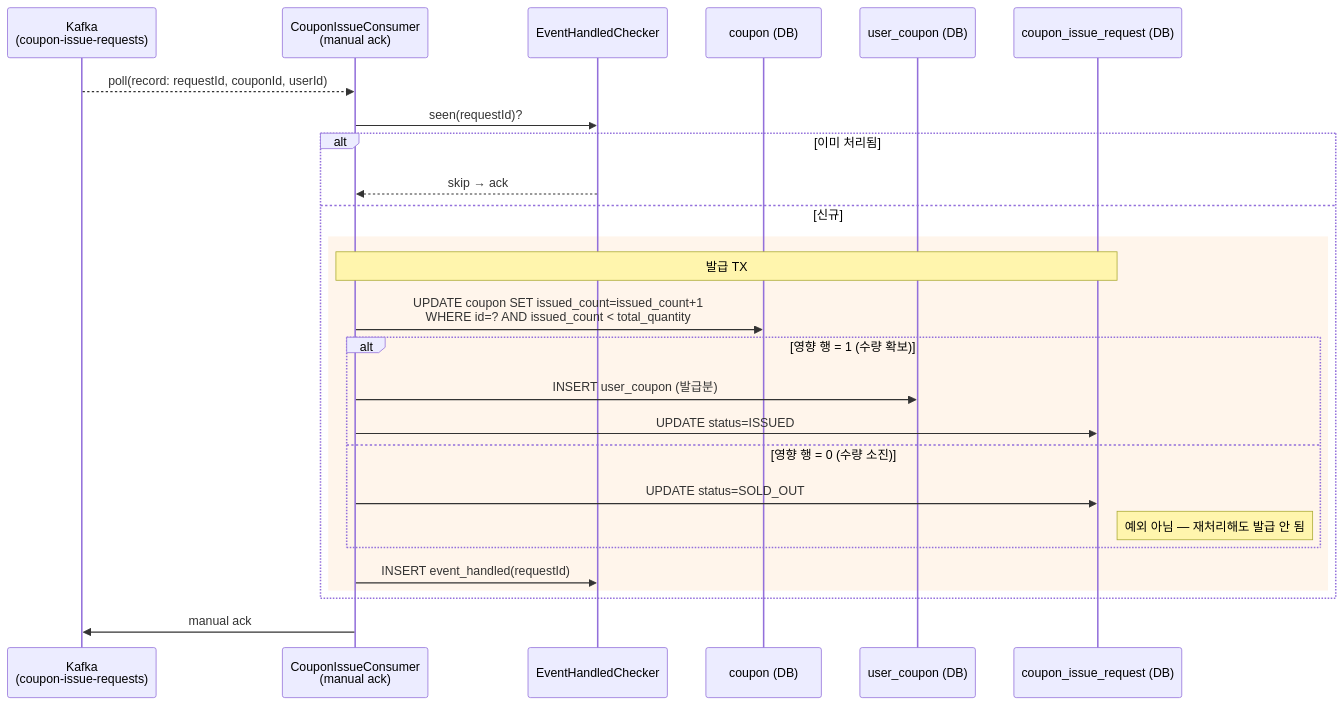
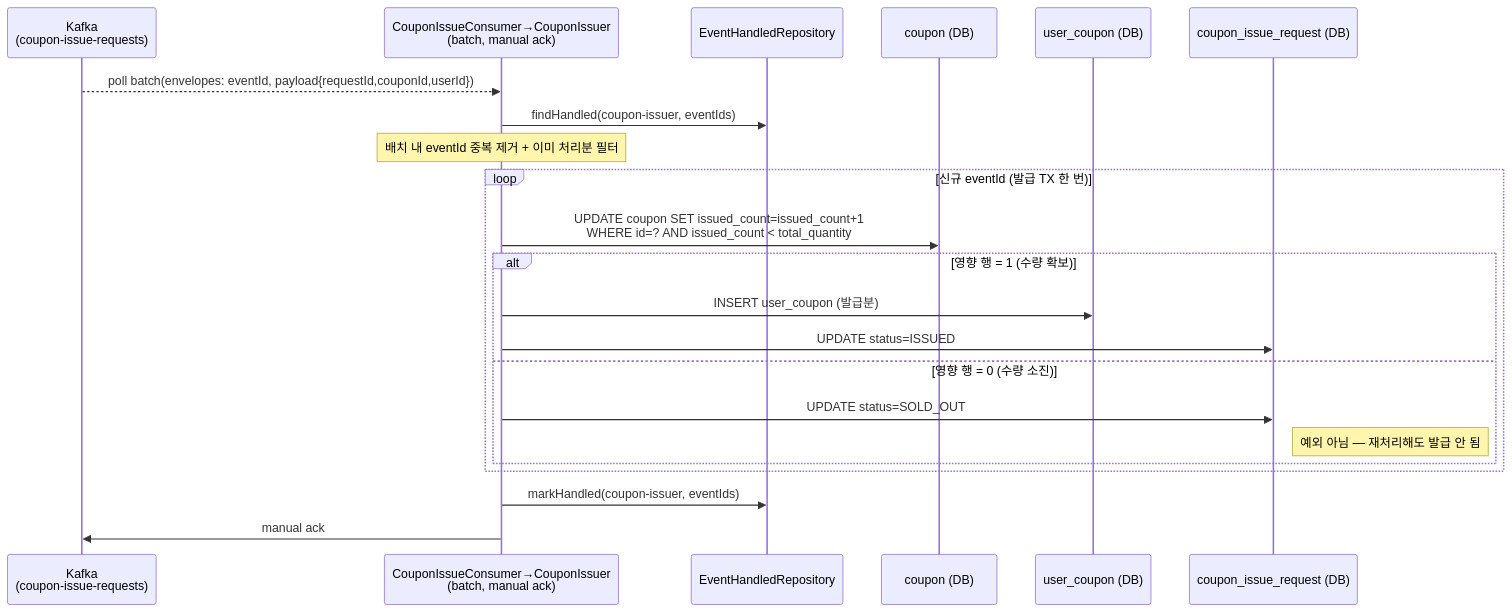
The eighth of 10 diagrams in docs/week7/02-sequence-diagrams.md (gamewithfriend/loop-pack-be-l2-vol4-java), drawn with Mermaid before and after one commit. The commit also changed other lines of this file and 1 other file, not shown here.

First line of the commit message:
docs(week7): 요구사항·시퀀스 다이어그램을 현재 구현에 동기화

````diff
--- a/docs/week7/02-sequence-diagrams.md
+++ b/docs/week7/02-sequence-diagrams.md
@@ -237,29 +243,25 @@
 ```mermaid
 sequenceDiagram
     participant K as Kafka<br/>(coupon-issue-requests)
-    participant CCon as CouponIssueConsumer<br/>(manual ack)
-    participant Idem as EventHandledChecker
+    participant CCon as CouponIssueConsumer→CouponIssuer<br/>(batch, manual ack)
+    participant Idem as EventHandledRepository
     participant Cpn as coupon (DB)
     participant UCW as user_coupon (DB)
     participant CIR as coupon_issue_request (DB)
 
-    K-->>CCon: poll(record: requestId, couponId, userId)
-    CCon->>Idem: seen(requestId)?
-    alt 이미 처리됨
-        Idem-->>CCon: skip → ack
-    else 신규
-        rect rgb(255,245,235)
-        note over CCon,CIR: 발급 TX
+    K-->>CCon: poll batch(envelopes: eventId, payload{requestId,couponId,userId})
+    CCon->>Idem: findHandled(coupon-issuer, eventIds)
+    note over CCon: 배치 내 eventId 중복 제거 + 이미 처리분 필터
+    loop 신규 eventId (발급 TX 한 번)
         CCon->>Cpn: UPDATE coupon SET issued_count=issued_count+1<br/>WHERE id=? AND issued_count < total_quantity
         alt 영향 행 = 1 (수량 확보)
             CCon->>UCW: INSERT user_coupon (발급분)
             CCon->>CIR: UPDATE status=ISSUED
         else 영향 행 = 0 (수량 소진)
             CCon->>CIR: UPDATE status=SOLD_OUT
             note right of CIR: 예외 아님 — 재처리해도 발급 안 됨
         end
-        CCon->>Idem: INSERT event_handled(requestId)
-        end
     end
+    CCon->>Idem: markHandled(coupon-issuer, eventIds)
     CCon->>K: manual ack
 ```
````
